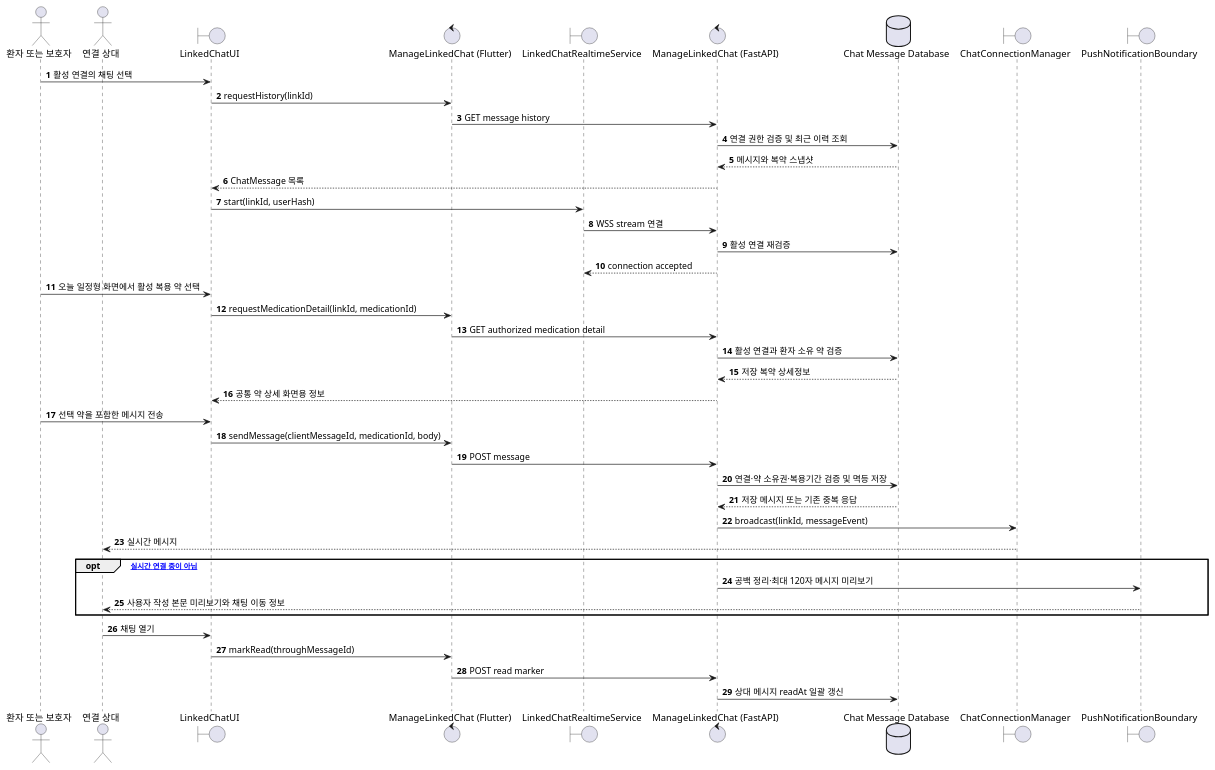
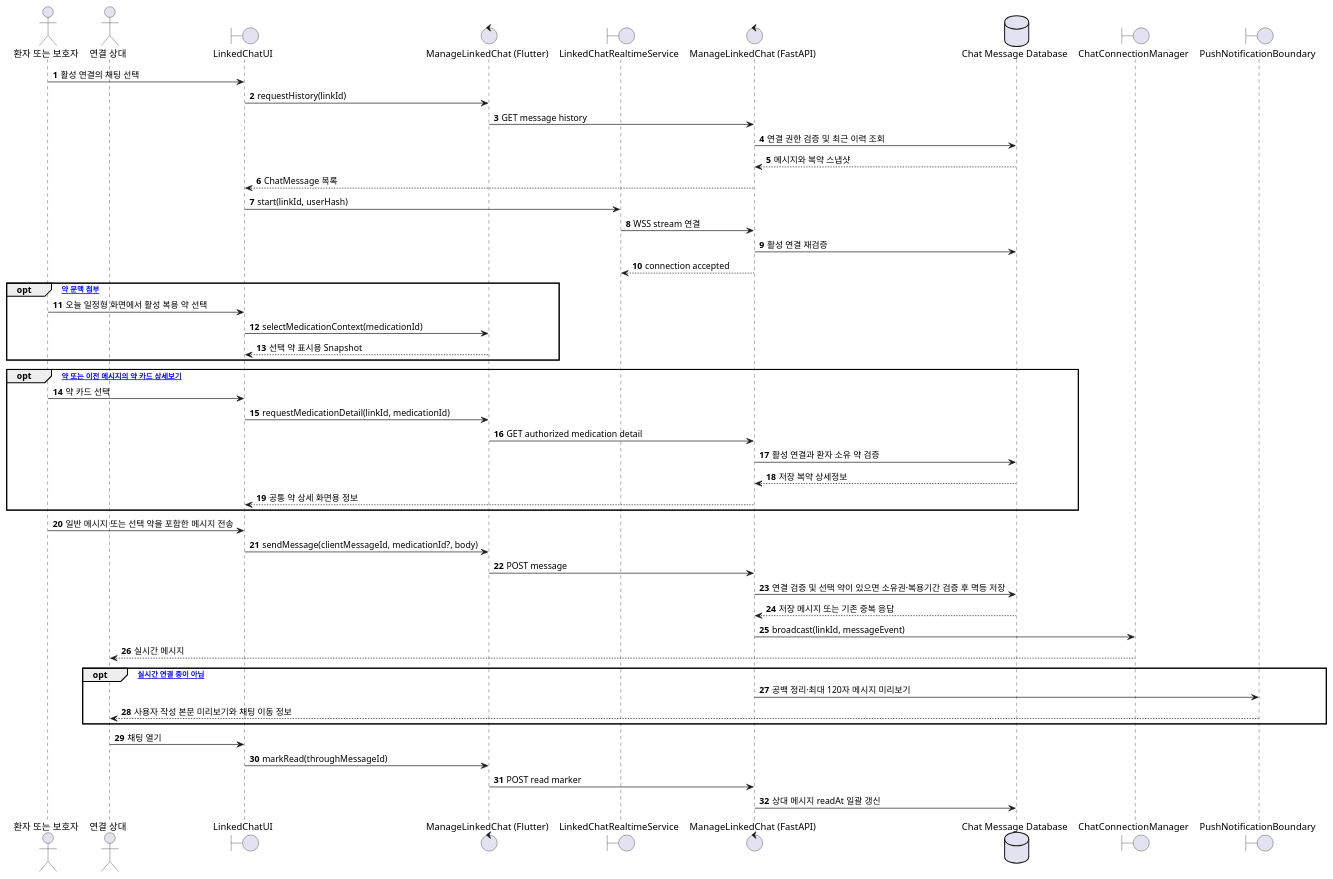
One commit to 1window2/MedBuddy changed the tenth of 10 diagrams in docs/MedBuddy - Sequence Diagrams.md. Above: the diagram before and after it, drawn with PlantUML. The commit also changed other lines of this file and 8 other files, not shown here.

````diff
--- a/docs/MedBuddy - Sequence Diagrams.md
+++ b/docs/MedBuddy - Sequence Diagrams.md
@@ -1133,47 +1133,54 @@
 ```plantuml
 @startuml SD10_Linked_Medication_Chat
 autonumber
 actor "환자 또는 보호자" as User
 actor "연결 상대" as Peer
 boundary "LinkedChatUI" as UI
 control "ManageLinkedChat (Flutter)" as FE
 boundary "LinkedChatRealtimeService" as Realtime
 control "ManageLinkedChat (FastAPI)" as BE
 database "Chat Message Database" as DB
 boundary "ChatConnectionManager" as Connections
 boundary "PushNotificationBoundary" as Push
 
 User -> UI : 활성 연결의 채팅 선택
 UI -> FE : requestHistory(linkId)
 FE -> BE : GET message history
 BE -> DB : 연결 권한 검증 및 최근 이력 조회
 DB --> BE : 메시지와 복약 스냅샷
 BE --> UI : ChatMessage 목록
 UI -> Realtime : start(linkId, userHash)
 Realtime -> BE : WSS stream 연결
 BE -> DB : 활성 연결 재검증
 BE --> Realtime : connection accepted
 
-User -> UI : 오늘 일정형 화면에서 활성 복용 약 선택
-UI -> FE : requestMedicationDetail(linkId, medicationId)
-FE -> BE : GET authorized medication detail
-BE -> DB : 활성 연결과 환자 소유 약 검증
-DB --> BE : 저장 복약 상세정보
-BE --> UI : 공통 약 상세 화면용 정보
-User -> UI : 선택 약을 포함한 메시지 전송
-UI -> FE : sendMessage(clientMessageId, medicationId, body)
+opt [메시지에 약 문맥 첨부]
+  User -> UI : 오늘 일정형 화면에서 활성 복용 약 선택
+  UI -> FE : selectMedicationContext(medicationId)
+  FE --> UI : 선택 약 표시용 Snapshot
+end
+opt [선택 약 또는 이전 메시지의 약 카드 상세보기]
+  User -> UI : 약 카드 선택
+  UI -> FE : requestMedicationDetail(linkId, medicationId)
+  FE -> BE : GET authorized medication detail
+  BE -> DB : 활성 연결과 환자 소유 약 검증
+  DB --> BE : 저장 복약 상세정보
+  BE --> UI : 공통 약 상세 화면용 정보
+end
+User -> UI : 일반 메시지 또는 선택 약을 포함한 메시지 전송
+UI -> FE : sendMessage(clientMessageId, medicationId?, body)
 FE -> BE : POST message
-BE -> DB : 연결·약 소유권·복용기간 검증 및 멱등 저장
+BE -> DB : 연결 검증 및 선택 약이 있으면 소유권·복용기간 검증 후 멱등 저장
 DB --> BE : 저장 메시지 또는 기존 중복 응답
 BE -> Connections : broadcast(linkId, messageEvent)
 Connections --> Peer : 실시간 메시지
 opt [상대가 실시간 연결 중이 아님]
   BE -> Push : 공백 정리·최대 120자 메시지 미리보기
   Push --> Peer : 사용자 작성 본문 미리보기와 채팅 이동 정보
 end
 Peer -> UI : 채팅 열기
 UI -> FE : markRead(throughMessageId)
 FE -> BE : POST read marker
 BE -> DB : 상대 메시지 readAt 일괄 갱신
 @enduml
 ```
````
